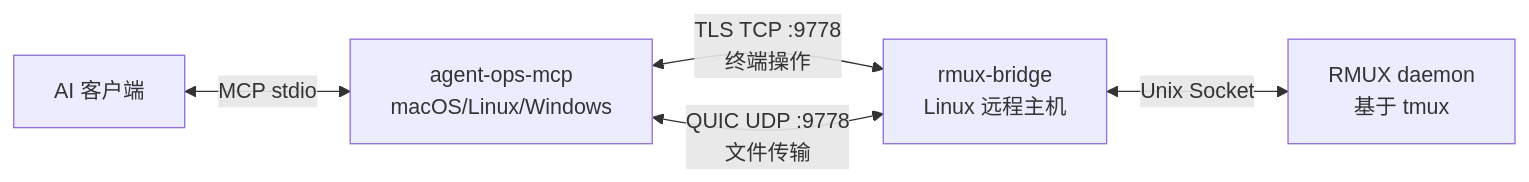
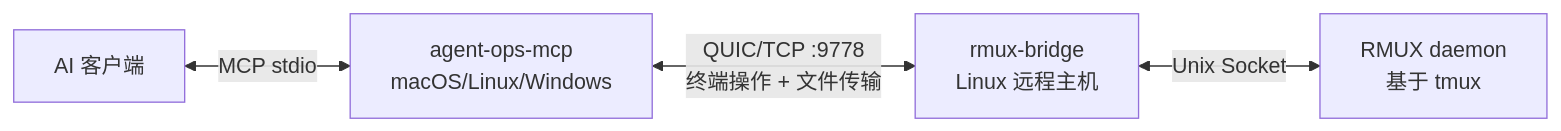
Before and after one commit to tddh/agent-ops: the diagram in README.zh.md, drawn with Mermaid. The commit also changed other lines of this file and 4 other files, not shown here.

First line of the commit message:
feat: QUIC 优先连接，TCP/TLS 自动降级

````diff
--- a/README.zh.md
+++ b/README.zh.md
@@ -21,7 +21,6 @@
 ```mermaid
 graph LR
     A[AI 客户端] <-->|MCP stdio| B[agent-ops-mcp<br/>macOS/Linux/Windows]
-    B <-->|TLS TCP :9778<br/>终端操作| C[rmux-bridge<br/>Linux 远程主机]
-    B <-->|QUIC UDP :9778<br/>文件传输| C
+    B <-->|QUIC/TCP :9778<br/>终端操作 + 文件传输| C[rmux-bridge<br/>Linux 远程主机]
     C <-->|Unix Socket| D[RMUX daemon<br/>基于 tmux]
 ```
````
